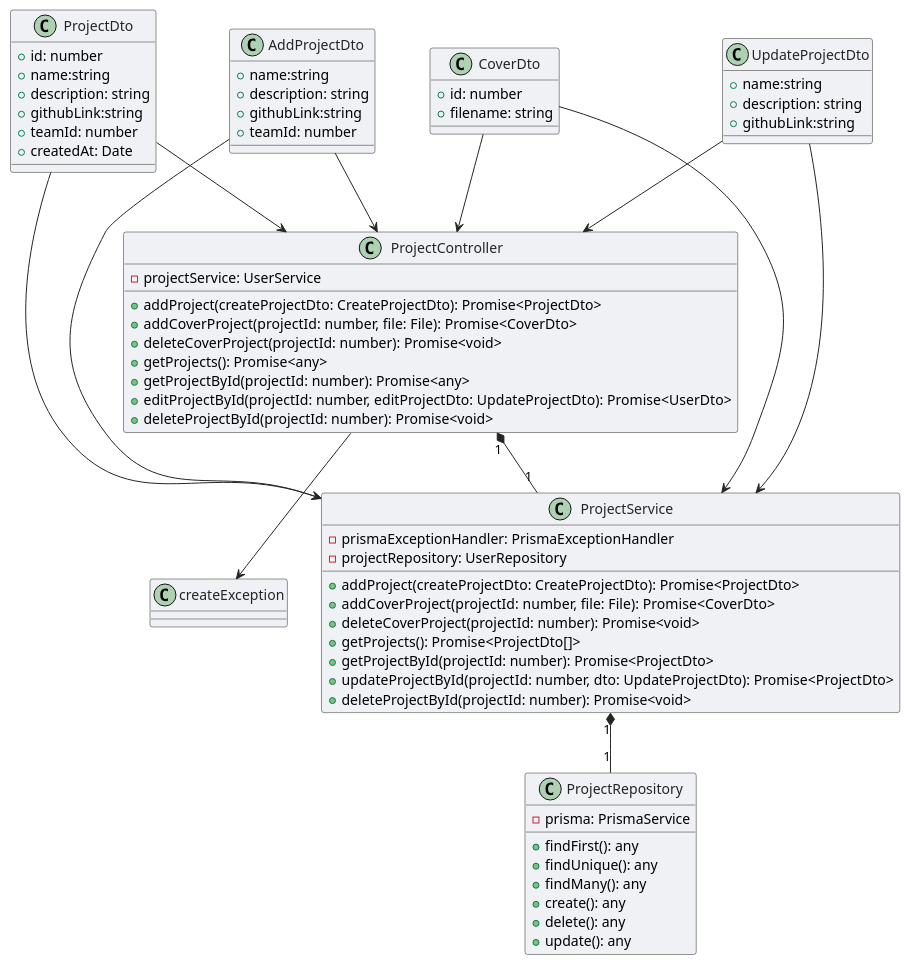
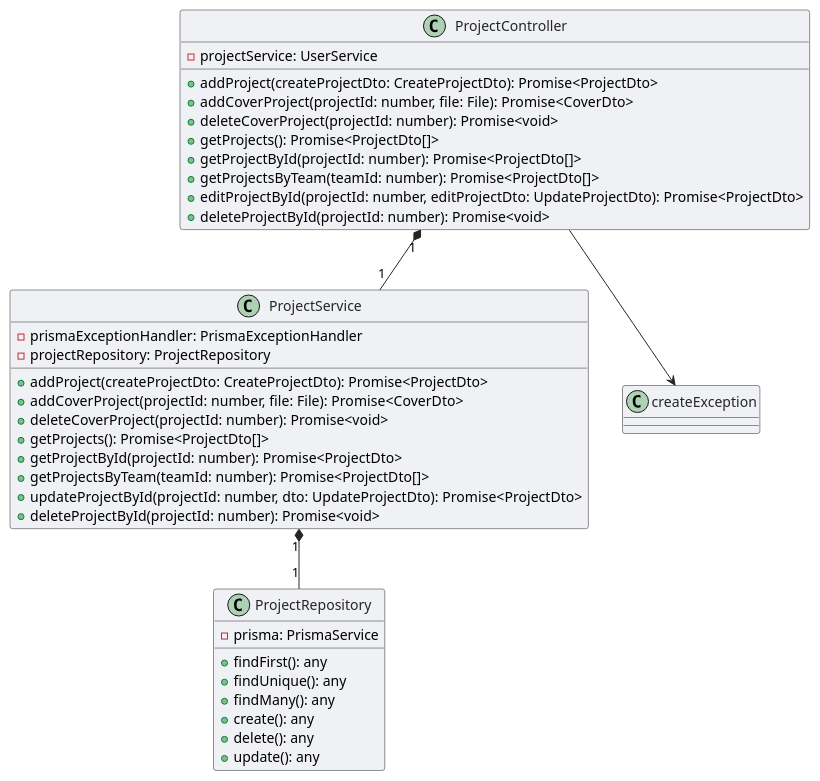
Before and after one commit to drDeepl/data-mining-lab-api-nest: the diagram in docs/diagrams/wsd/project.wsd, drawn with PlantUML. The commit also changed 14 other files, not shown here.

Commit message:
updated diagrams

```diff
--- a/docs/diagrams/wsd/project.wsd
+++ b/docs/diagrams/wsd/project.wsd
@@ -1,86 +1,52 @@
 @startuml project_module
 
 skinparam ArrowColor #252525
 skinparam ClassBackgroundColor #F0F1F5
 skinparam ClassBorderColor #252525
 skinparam ClassFontColor #252525
 
-class AddProjectDto{
-    + name:string
-    + description: string
-    + githubLink:string
-    + teamId: number
-}
-
-class UpdateProjectDto{
-    + name:string
-    + description: string
-    + githubLink:string
-}
-
-class ProjectDto{
-    + id: number
-    + name:string
-    + description: string
-    + githubLink:string
-    + teamId: number
-    + createdAt: Date
-
-}
-
-class CoverDto{
-    + id: number
-    + filename: string
-}
 
 class ProjectRepository {
   - prisma: PrismaService
   + findFirst(): any
   + findUnique(): any
   + findMany(): any
   + create(): any
   + delete(): any
   + update(): any
 }
 
 
 
 class ProjectService {
 
   - prismaExceptionHandler: PrismaExceptionHandler
-  - projectRepository: UserRepository
+  - projectRepository: ProjectRepository
   + addProject(createProjectDto: CreateProjectDto): Promise<ProjectDto>
   + addCoverProject(projectId: number, file: File): Promise<CoverDto>
   + deleteCoverProject(projectId: number): Promise<void>
   + getProjects(): Promise<ProjectDto[]>
   + getProjectById(projectId: number): Promise<ProjectDto>
+  + getProjectsByTeam(teamId: number): Promise<ProjectDto[]>
   + updateProjectById(projectId: number, dto: UpdateProjectDto): Promise<ProjectDto>
   + deleteProjectById(projectId: number): Promise<void>
 }
 
 class ProjectController {
 
   - projectService: UserService
   + addProject(createProjectDto: CreateProjectDto): Promise<ProjectDto>
   + addCoverProject(projectId: number, file: File): Promise<CoverDto>
   + deleteCoverProject(projectId: number): Promise<void>
-  + getProjects(): Promise<any>
-  + getProjectById(projectId: number): Promise<any>
-  + editProjectById(projectId: number, editProjectDto: UpdateProjectDto): Promise<UserDto>
+  + getProjects(): Promise<ProjectDto[]>
+  + getProjectById(projectId: number): Promise<ProjectDto[]>
+  + getProjectsByTeam(teamId: number): Promise<ProjectDto[]>
+  + editProjectById(projectId: number, editProjectDto: UpdateProjectDto): Promise<ProjectDto>
   + deleteProjectById(projectId: number): Promise<void>
 }
 
 ProjectController "1" *-- "1" ProjectService
 ProjectController --> createException
-AddProjectDto --> ProjectController
-UpdateProjectDto --> ProjectController
-ProjectDto --> ProjectController
-CoverDto --> ProjectController
-
-AddProjectDto --> ProjectService
-UpdateProjectDto --> ProjectService
-ProjectDto --> ProjectService
-CoverDto --> ProjectService
 
 ProjectService "1" *-- "1" ProjectRepository
 @enduml
```
